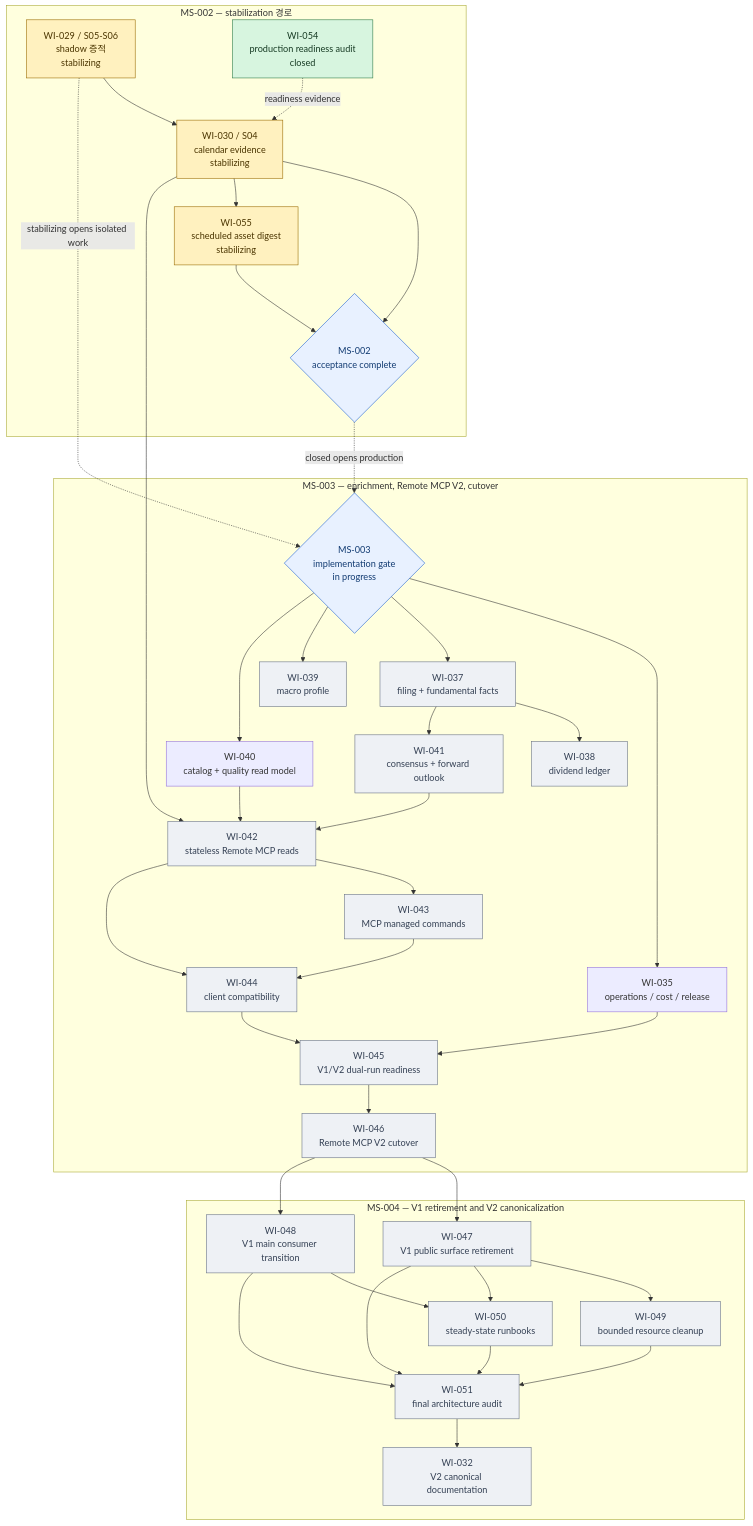
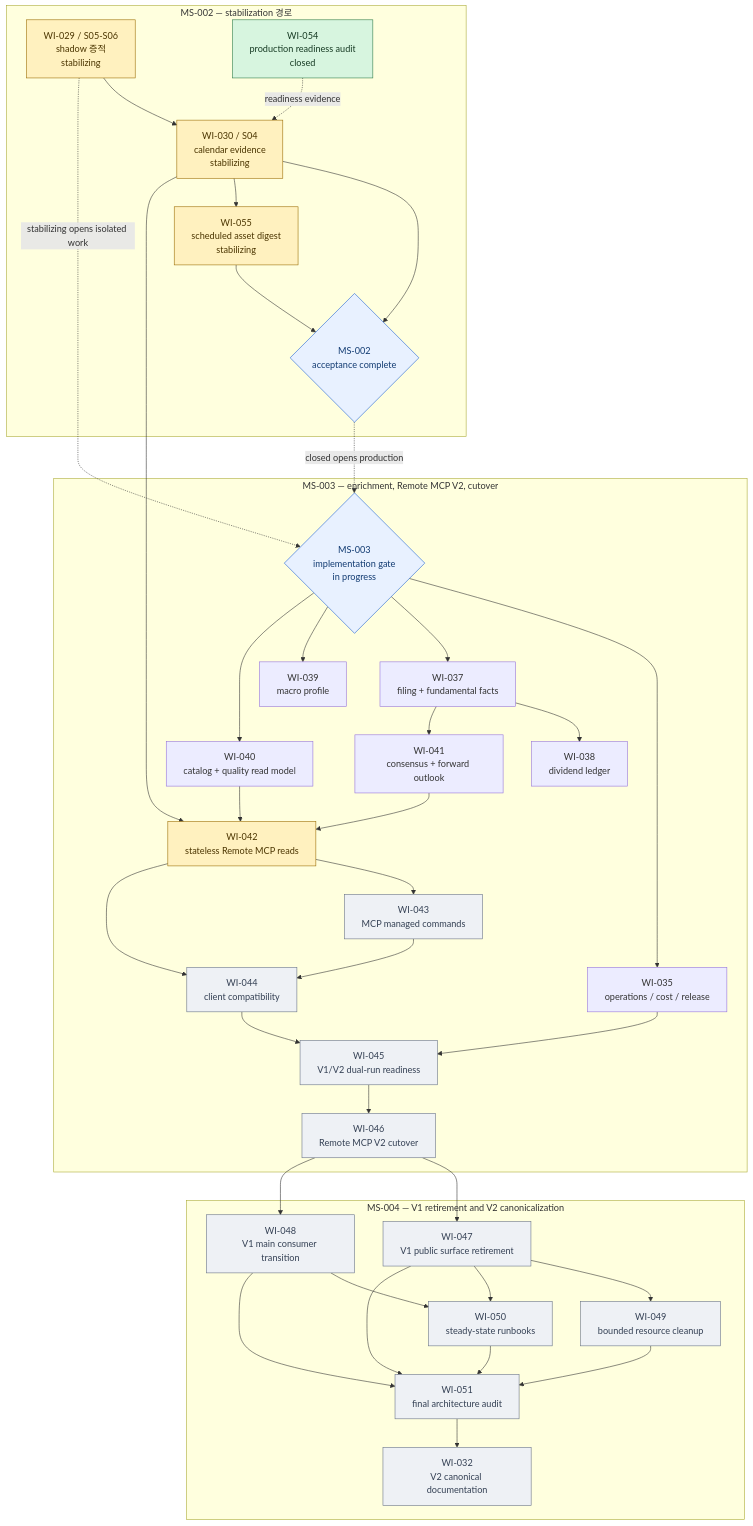
Before and after one commit to meringue5/KIS_Portfolio_MCP: the third of 3 diagrams in docs/milestones/README.md, drawn with Mermaid. The commit also changed other lines of this file and 3 other files, not shown here.

````diff
--- a/docs/milestones/README.md
+++ b/docs/milestones/README.md
@@ -144,79 +144,81 @@
 ```mermaid
 flowchart TB
     subgraph M2["MS-002 — stabilization 경로"]
         W29["WI-029 / S05-S06<br/>shadow 증적<br/>stabilizing"]
         W30["WI-030 / S04<br/>calendar evidence<br/>stabilizing"]
         W54["WI-054<br/>production readiness audit<br/>closed"]
         W55["WI-055<br/>scheduled asset digest<br/>stabilizing"]
         M2DONE{"MS-002<br/>acceptance complete"}
         W29 --> W30 --> M2DONE
         W30 --> W55 --> M2DONE
         W54 -. readiness evidence .-> W30
     end
 
     subgraph M3["MS-003 — enrichment, Remote MCP V2, cutover"]
         M3OPEN{"MS-003<br/>implementation gate<br/>in progress"}
         W35["WI-035<br/>operations / cost / release"]
         W37["WI-037<br/>filing + fundamental facts"]
         W38["WI-038<br/>dividend ledger"]
         W39["WI-039<br/>macro profile"]
         W40["WI-040<br/>catalog + quality read model"]
         W41["WI-041<br/>consensus + forward outlook"]
         W42["WI-042<br/>stateless Remote MCP reads"]
         W43["WI-043<br/>MCP managed commands"]
         W44["WI-044<br/>client compatibility"]
         W45["WI-045<br/>V1/V2 dual-run readiness"]
         W46["WI-046<br/>Remote MCP V2 cutover"]
 
         M3OPEN --> W35
         M3OPEN --> W37
         M3OPEN --> W39
         M3OPEN --> W40
         W37 --> W38
         W37 --> W41
         W30 --> W42
         W40 --> W42
         W41 --> W42
         W42 --> W43
         W42 --> W44
         W43 --> W44
         W35 --> W45
         W44 --> W45 --> W46
     end
 
     subgraph M4["MS-004 — V1 retirement and V2 canonicalization"]
         W47["WI-047<br/>V1 public surface retirement"]
         W48["WI-048<br/>V1 main consumer transition"]
         W49["WI-049<br/>bounded resource cleanup"]
         W50["WI-050<br/>steady-state runbooks"]
         W51["WI-051<br/>final architecture audit"]
         W32["WI-032<br/>V2 canonical documentation"]
 
         W46 --> W47
         W46 --> W48
         W47 --> W49
         W47 --> W50
         W48 --> W50
         W47 --> W51
         W48 --> W51
         W49 --> W51
         W50 --> W51
         W51 --> W32
     end
 
     W29 -. stabilizing opens isolated work .-> M3OPEN
     M2DONE -. closed opens production .-> M3OPEN
 
     classDef active fill:#fff1bf,stroke:#9a6b00,color:#4b3500;
     classDef closed fill:#d7f5df,stroke:#2d7a46,color:#173b24;
     classDef ready fill:#e8f1ff,stroke:#175cd3,color:#123b72;
     classDef blocked fill:#fde2e2,stroke:#b42318,color:#5b1712;
     classDef proposed fill:#eef1f5,stroke:#667085,color:#344054;
     classDef gate fill:#e8f1ff,stroke:#175cd3,color:#123b72;
     class W29,W30 active;
     class W54 closed;
     class W55 active;
     class W35,W40 verified;
-    class W37,W38,W39,W41,W42,W43,W44,W45,W46,W47,W48,W49,W50,W51,W32 proposed;
+    class W42 active;
+    class W37,W38,W39,W41 verified;
+    class W43,W44,W45,W46,W47,W48,W49,W50,W51,W32 proposed;
     class M2DONE,M3OPEN gate;
 ```
````
